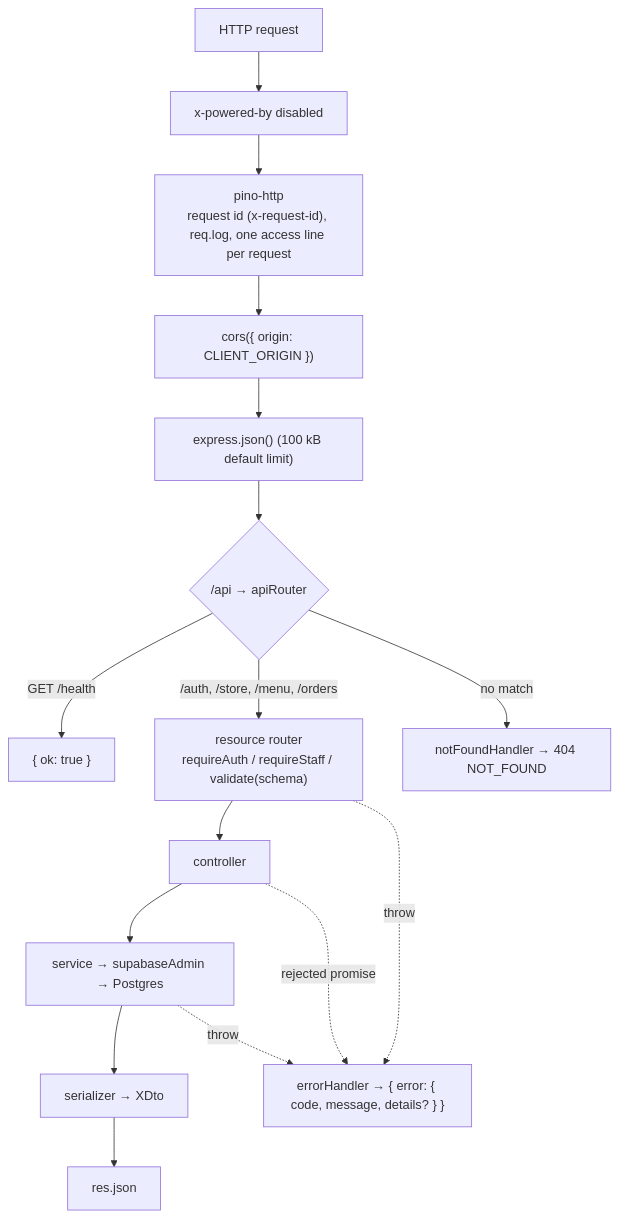
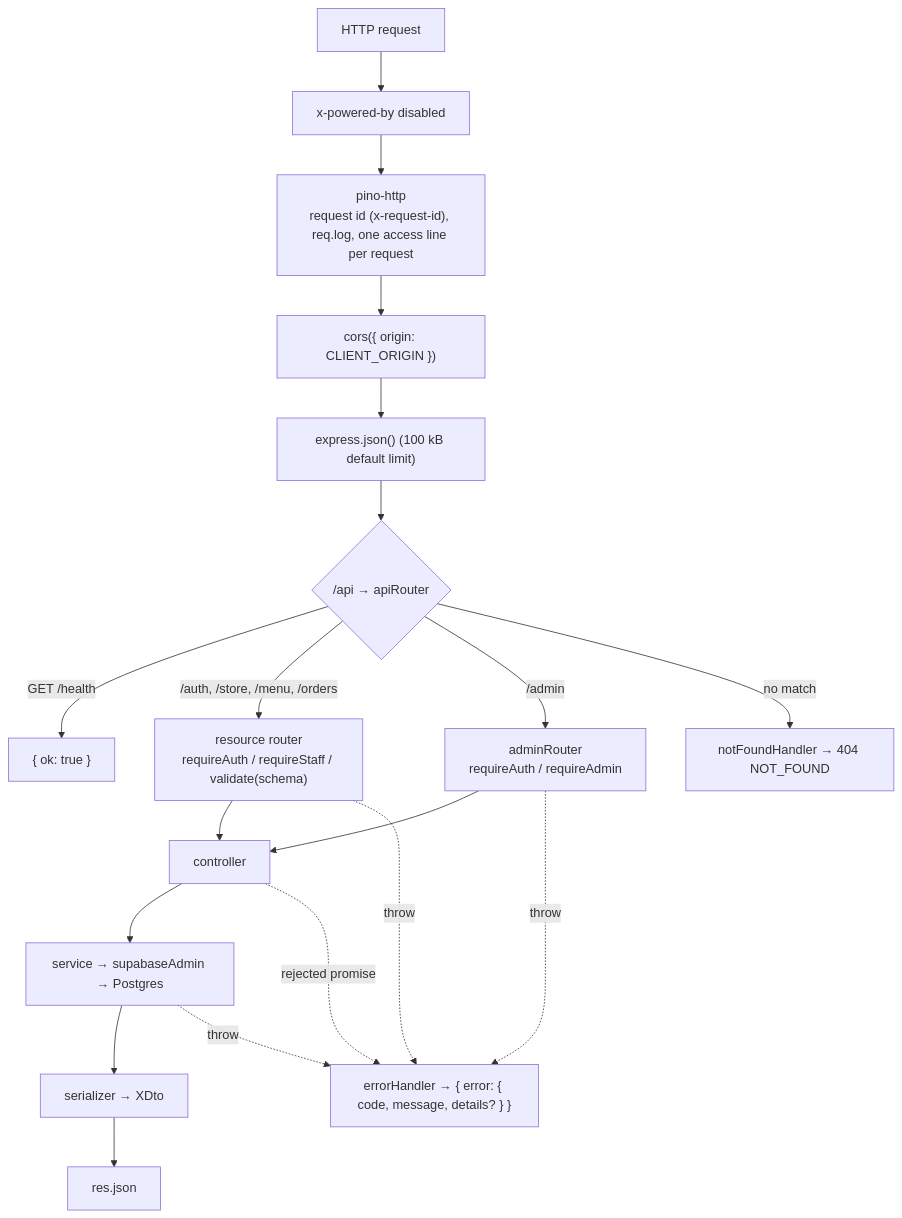
The diagram in docs/BACKEND_STRUCTURE.md (The-KhaNha/KhaNha), drawn with Mermaid before and after one commit. The commit also changed other lines of this file and 69 other files, not shown here.

````diff
--- a/docs/BACKEND_STRUCTURE.md
+++ b/docs/BACKEND_STRUCTURE.md
@@ -45,16 +45,19 @@
 ```mermaid
 flowchart TD
   Req["HTTP request"] --> XPB["x-powered-by disabled"]
   XPB --> Pino["pino-http<br/>request id (x-request-id), req.log, one access line per request"]
   Pino --> Cors["cors({ origin: CLIENT_ORIGIN })"]
   Cors --> Json["express.json() (100 kB default limit)"]
   Json --> Api{"/api → apiRouter"}
   Api -->|"GET /health"| Health["{ ok: true }"]
   Api -->|"/auth, /store, /menu, /orders"| Router["resource router<br/>requireAuth / requireStaff / validate(schema)"]
+  Api -->|"/admin"| AdminR["adminRouter<br/>requireAuth / requireAdmin"]
   Router --> Ctl["controller"] --> Svc["service → supabaseAdmin → Postgres"]
+  AdminR --> Ctl
   Svc --> Ser["serializer → XDto"] --> Res["res.json"]
   Api -->|"no match"| NF["notFoundHandler → 404 NOT_FOUND"]
   Router -. "throw" .-> EH["errorHandler → { error: { code, message, details? } }"]
+  AdminR -. "throw" .-> EH
   Ctl -. "rejected promise" .-> EH
   Svc -. "throw" .-> EH
 ```
````
